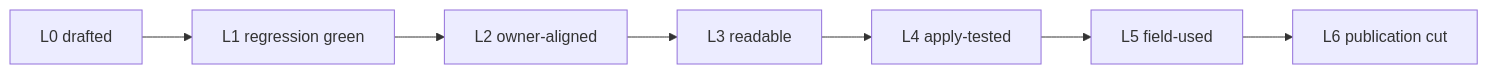
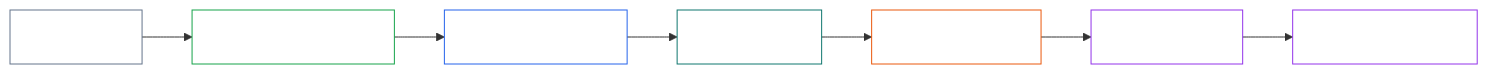
One commit to kfoelsch/Sentient_Constitution changed the diagram in VISION.md. Above: the diagram before and after it, drawn with Mermaid. The commit also changed 22 other files, not shown here.

````diff
--- a/VISION.md
+++ b/VISION.md
@@ -64,9 +64,16 @@
 ```mermaid
 flowchart LR
   L0[L0 drafted] --> L1[L1 regression green]
   L1 --> L2[L2 owner-aligned]
   L2 --> L3[L3 readable]
   L3 --> L4[L4 apply-tested]
   L4 --> L5[L5 field-used]
   L5 --> L6[L6 publication cut]
+  style L0 fill:none,stroke:#64748b,color:#ffffff
+  style L1 fill:none,stroke:#16a34a,color:#ffffff
+  style L2 fill:none,stroke:#2563eb,color:#ffffff
+  style L3 fill:none,stroke:#0f766e,color:#ffffff
+  style L4 fill:none,stroke:#ea580c,color:#ffffff
+  style L5 fill:none,stroke:#9333ea,color:#ffffff
+  style L6 fill:none,stroke:#9333ea,color:#ffffff
 ```
````
